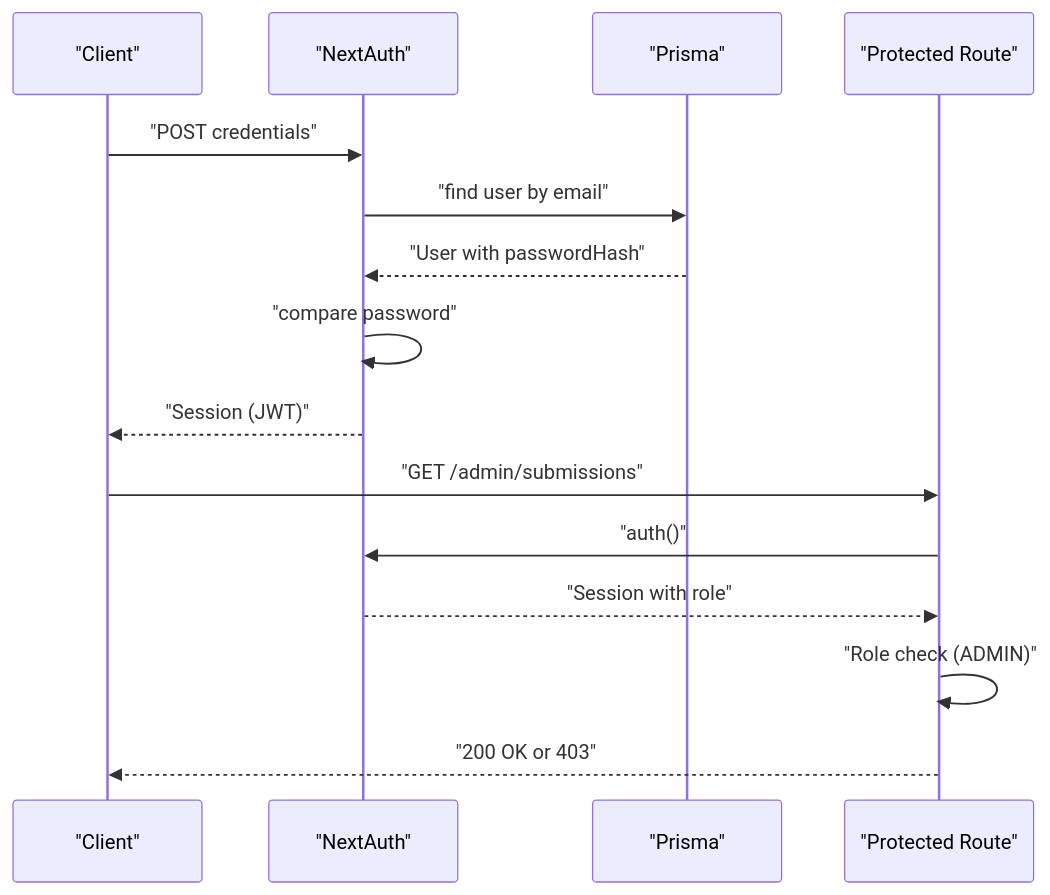
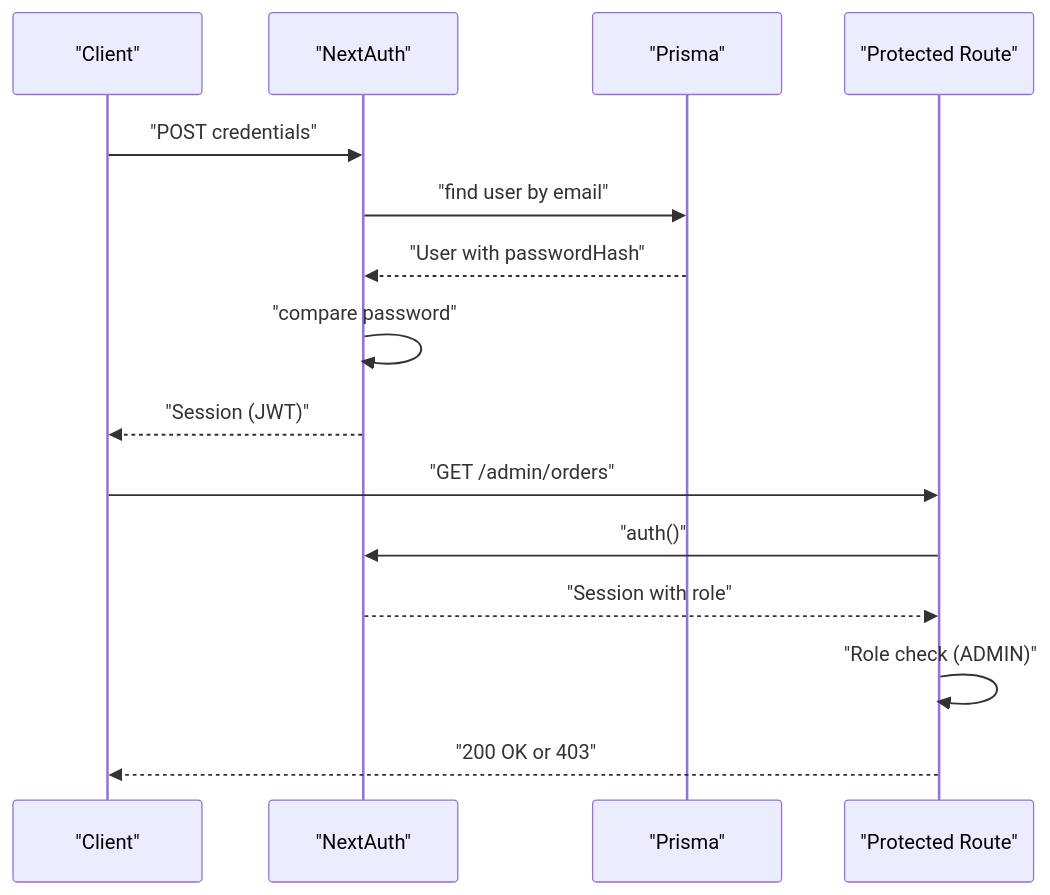
The fifth of 12 diagrams in .qoder/repowiki/en/content/Architecture Overview/Backend Architecture.md (Crowdspender/titchybooks-app), drawn with Mermaid before and after one commit. The commit also changed other lines of this file and 62 other files, not shown here.

````diff
--- a/.qoder/repowiki/en/content/Architecture Overview/Backend Architecture.md
+++ b/.qoder/repowiki/en/content/Architecture Overview/Backend Architecture.md
@@ -216,17 +323,17 @@
 ```mermaid
 sequenceDiagram
 participant Client as "Client"
 participant NextAuth as "NextAuth"
 participant DB as "Prisma"
 participant Route as "Protected Route"
 Client->>NextAuth : "POST credentials"
 NextAuth->>DB : "find user by email"
 DB-->>NextAuth : "User with passwordHash"
 NextAuth->>NextAuth : "compare password"
 NextAuth-->>Client : "Session (JWT)"
-Client->>Route : "GET /admin/submissions"
+Client->>Route : "GET /admin/orders"
 Route->>NextAuth : "auth()"
 NextAuth-->>Route : "Session with role"
 Route->>Route : "Role check (ADMIN)"
 Route-->>Client : "200 OK or 403"
 ```
````
